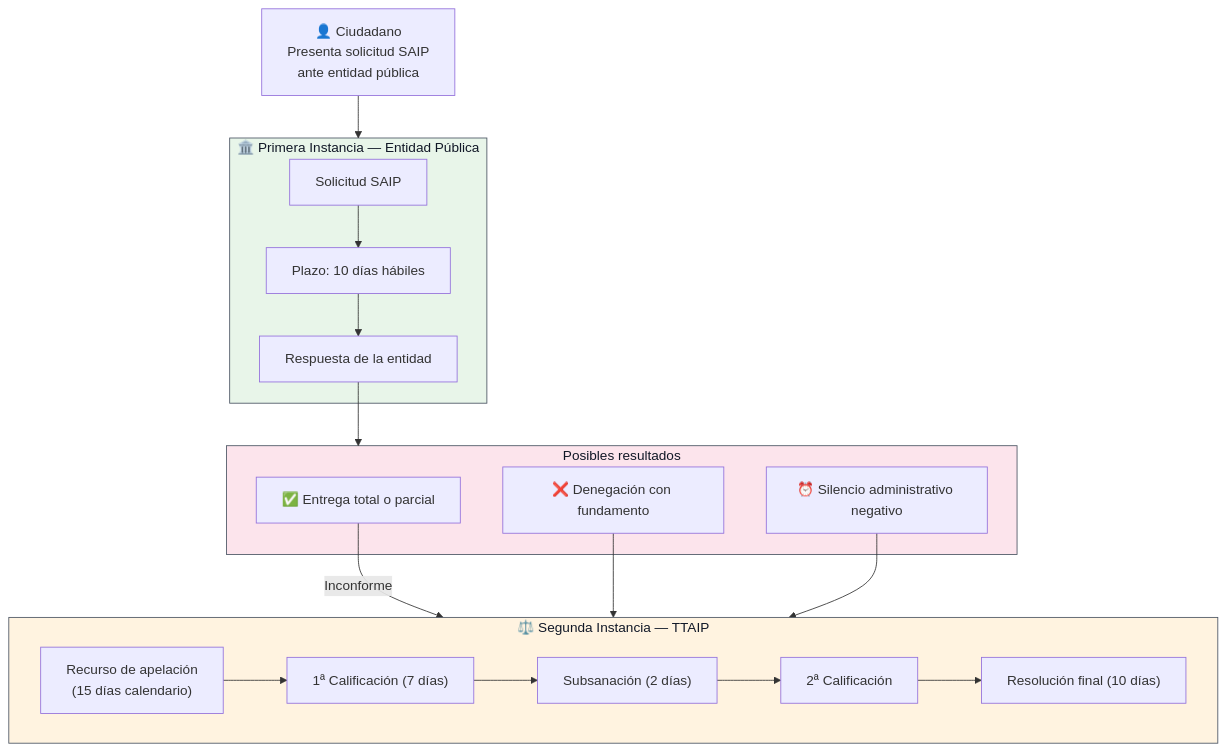
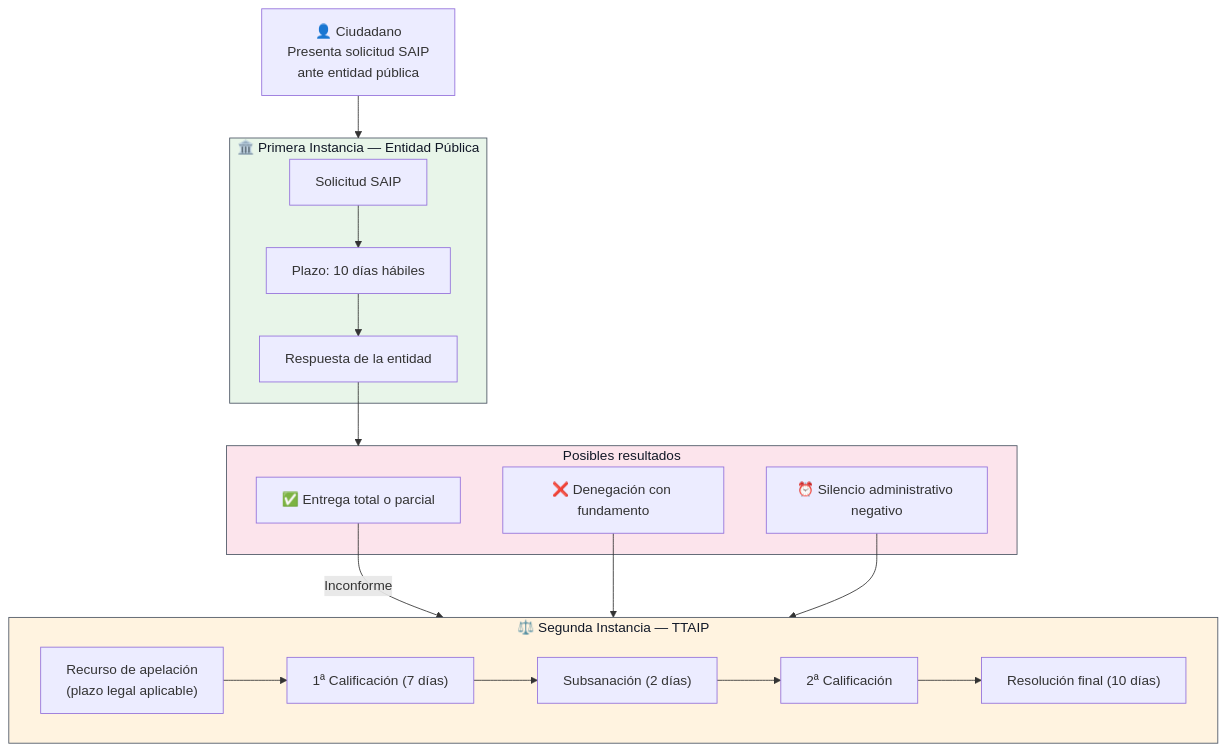
One commit to transparenciapublicadev/plataforma-saip-apelaciones changed the fourth of 7 diagrams in docs/src/content/docs/introduccion/contexto-proyecto.mdx. Above: the diagram before and after it, drawn with Mermaid. The commit also changed 15 other files, not shown here.

````diff
--- a/docs/src/content/docs/introduccion/contexto-proyecto.mdx
+++ b/docs/src/content/docs/introduccion/contexto-proyecto.mdx
@@ -185,40 +185,40 @@
 ```mermaid
 graph TD
     CIUDADANO["👤 Ciudadano<br/>Presenta solicitud SAIP<br/>ante entidad pública"]
     
     subgraph Primera["🏛️ Primera Instancia — Entidad Pública"]
         SAIP["Solicitud SAIP"]
         PLAZO1["Plazo: 10 días hábiles"]
         RESP["Respuesta de la entidad"]
         SAIP --> PLAZO1
         PLAZO1 --> RESP
     end
     
     subgraph Respuestas["Posibles resultados"]
         R1["✅ Entrega total o parcial"]
         R2["❌ Denegación con fundamento"]
         R3["⏰ Silencio administrativo negativo"]
     end
     
     subgraph Segunda["⚖️ Segunda Instancia — TTAIP"]
-        APEL["Recurso de apelación<br/>(15 días calendario)"]
+        APEL["Recurso de apelación<br/>(plazo legal aplicable)"]
         CAL1["1ª Calificación (7 días)"]
         SUBS["Subsanación (2 días)"]
         CAL2["2ª Calificación"]
         RESOL["Resolución final (10 días)"]
         APEL --> CAL1
         CAL1 --> SUBS
         SUBS --> CAL2
         CAL2 --> RESOL
     end
     
     CIUDADANO --> Primera
     RESP --> Respuestas
     R1 --> |"Inconforme"| Segunda
     R2 --> Segunda
     R3 --> Segunda
     
     style Primera fill:#e8f5e9,color:#111827,stroke:#4b5563,stroke-width:1px
     style Segunda fill:#fff3e0,color:#111827,stroke:#4b5563,stroke-width:1px
     style Respuestas fill:#fce4ec,color:#111827,stroke:#4b5563,stroke-width:1px
 ```
````
